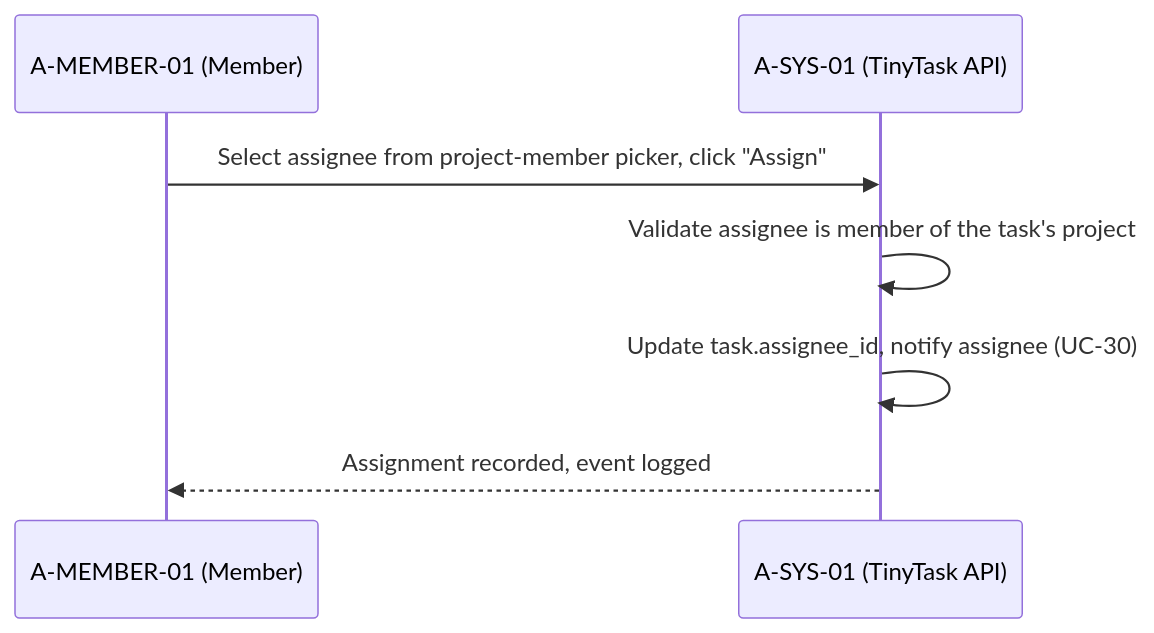
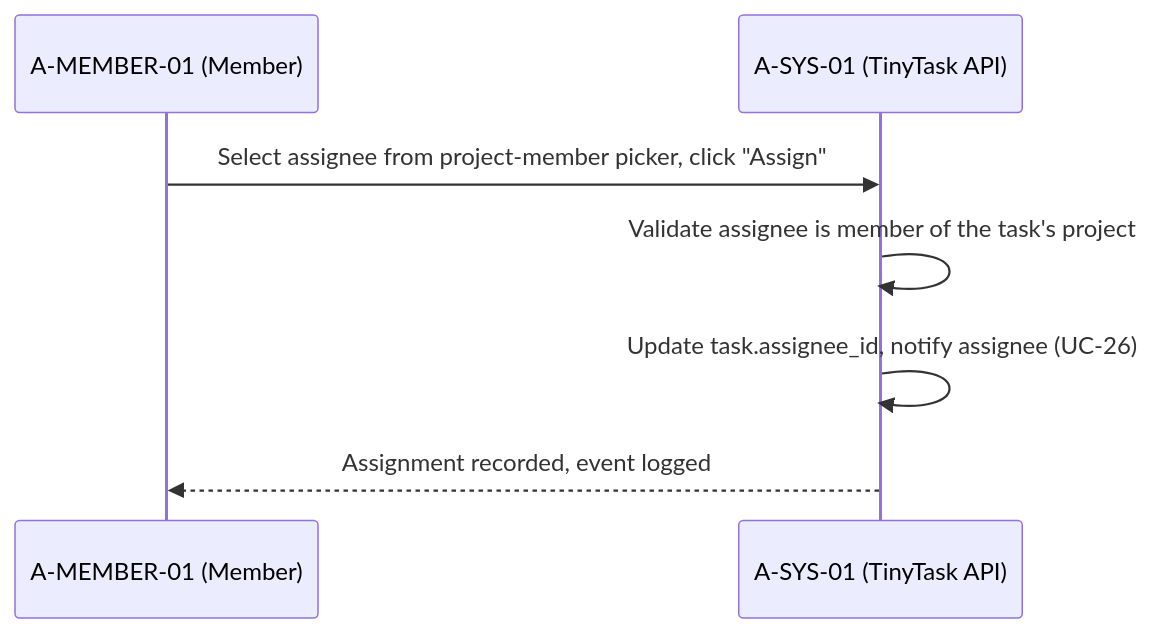
Before and after one commit to pauloribeiro16/Methodology_compact: the ninth of 23 diagrams in 02_CASES/Case_01_TinyTask_SaaS/03_PHASE3_DECOMPOSITION_RICH/annexes/B_Sequence_Diagrams.md, drawn with Mermaid. The commit also changed other lines of this file and 23 other files, not shown here.

Commit message:
[EXECUTOR] F3 ledger-zero C1: 4 borderline re-laned (UC-07/11/12/16 → PROC-18..21, P7) + compact renumber (36 UCs: compliance 01..13, product 14..36); Doc20 v3.4 + Doc32 v1.3 (4 SSDF cards + articulation) + annexes/SVGs; gates green (verify_rich exit 0, mermaid 196/196, smoke 16/16)

````diff
--- a/02_CASES/Case_01_TinyTask_SaaS/03_PHASE3_DECOMPOSITION_RICH/annexes/B_Sequence_Diagrams.md
+++ b/02_CASES/Case_01_TinyTask_SaaS/03_PHASE3_DECOMPOSITION_RICH/annexes/B_Sequence_Diagrams.md
@@ -123,9 +123,9 @@
 ```mermaid
 sequenceDiagram
     participant M as A-MEMBER-01 (Member)
     participant SYS as A-SYS-01 (TinyTask API)
     M->>SYS: Select assignee from project-member picker, click "Assign"
     SYS->>SYS: Validate assignee is member of the task's project
-    SYS->>SYS: Update task.assignee_id, notify assignee (UC-30)
+    SYS->>SYS: Update task.assignee_id, notify assignee (UC-26)
     SYS-->>M: Assignment recorded, event logged
 ```
````
